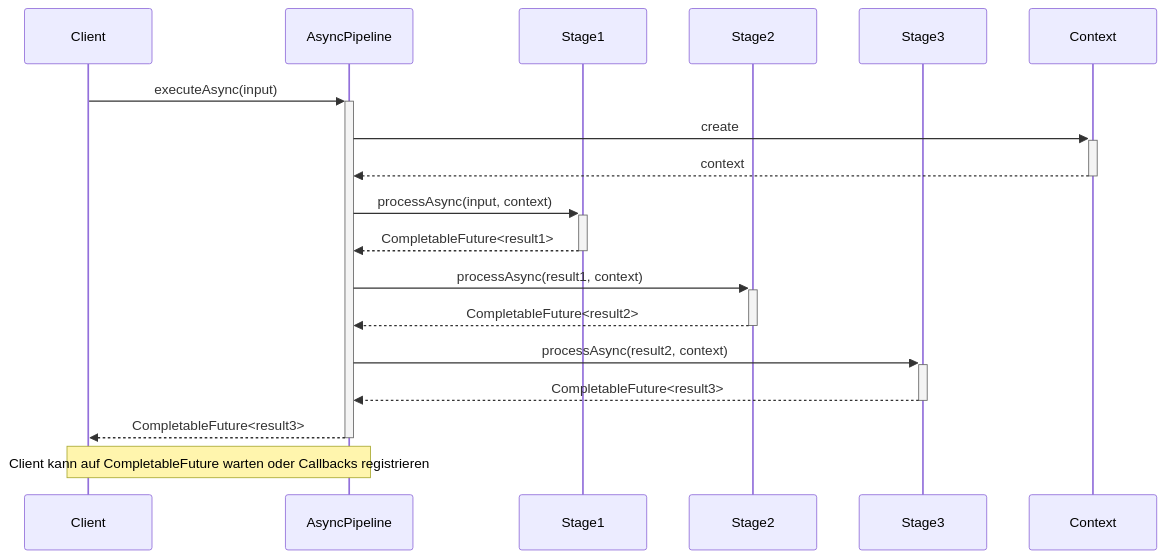
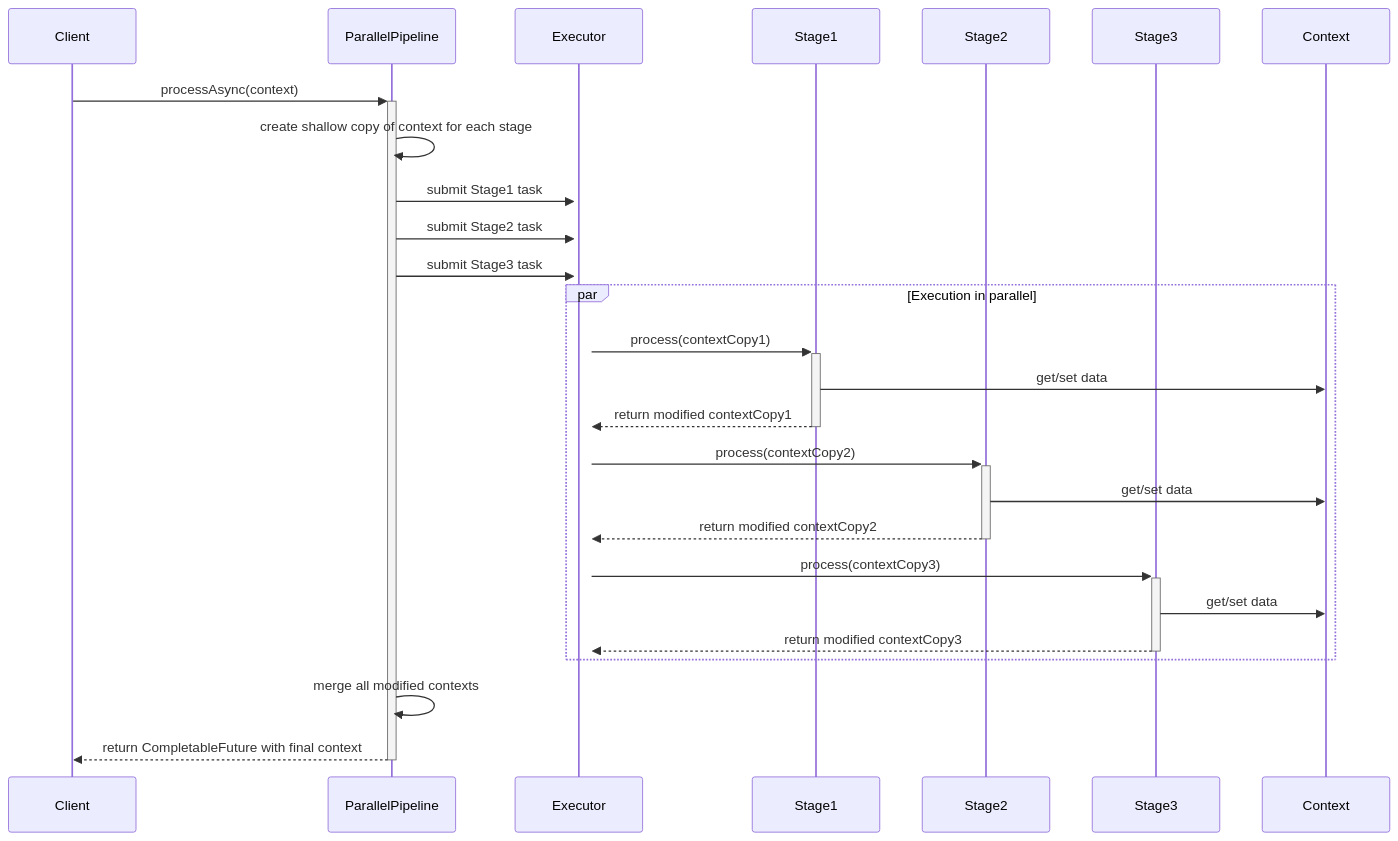
The seventh of 11 diagrams in Pipeline/docs/README.md (scimbe/VS_Pattern_By_KI), drawn with Mermaid before and after one commit. The commit also changed other lines of this file and 19 other files, not shown here.

````diff
--- a/Pipeline/docs/README.md
+++ b/Pipeline/docs/README.md
@@ -249,26 +206,34 @@
 ```mermaid
 sequenceDiagram
     participant Client
-    participant AsyncPipeline
+    participant Pipeline as ParallelPipeline
+    participant Executor
     participant Stage1
     participant Stage2
     participant Stage3
     participant Context
 
-    Client->>+AsyncPipeline: executeAsync(input)
-    AsyncPipeline->>+Context: create
-    Context-->>-AsyncPipeline: context
+    Client->>+Pipeline: processAsync(context)
+    Pipeline->>Pipeline: create shallow copy of context for each stage
     
-    AsyncPipeline->>+Stage1: processAsync(input, context)
-    Stage1-->>-AsyncPipeline: CompletableFuture<result1>
+    Pipeline->>+Executor: submit Stage1 task
+    Pipeline->>+Executor: submit Stage2 task
+    Pipeline->>+Executor: submit Stage3 task
     
-    AsyncPipeline->>+Stage2: processAsync(result1, context)
-    Stage2-->>-AsyncPipeline: CompletableFuture<result2>
+    par Execution in parallel
+        Executor->>+Stage1: process(contextCopy1)
+        Stage1->>Context: get/set data
+        Stage1-->>-Executor: return modified contextCopy1
+        
+        Executor->>+Stage2: process(contextCopy2)
+        Stage2->>Context: get/set data
+        Stage2-->>-Executor: return modified contextCopy2
+        
+        Executor->>+Stage3: process(contextCopy3)
+        Stage3->>Context: get/set data
+        Stage3-->>-Executor: return modified contextCopy3
+    end
     
-    AsyncPipeline->>+Stage3: processAsync(result2, context)
-    Stage3-->>-AsyncPipeline: CompletableFuture<result3>
-    
-    AsyncPipeline-->>-Client: CompletableFuture<result3>
-    
-    Note over Client,AsyncPipeline: Client kann auf CompletableFuture warten oder Callbacks registrieren
+    Pipeline->>Pipeline: merge all modified contexts
+    Pipeline-->>-Client: return CompletableFuture with final context
 ```
````
